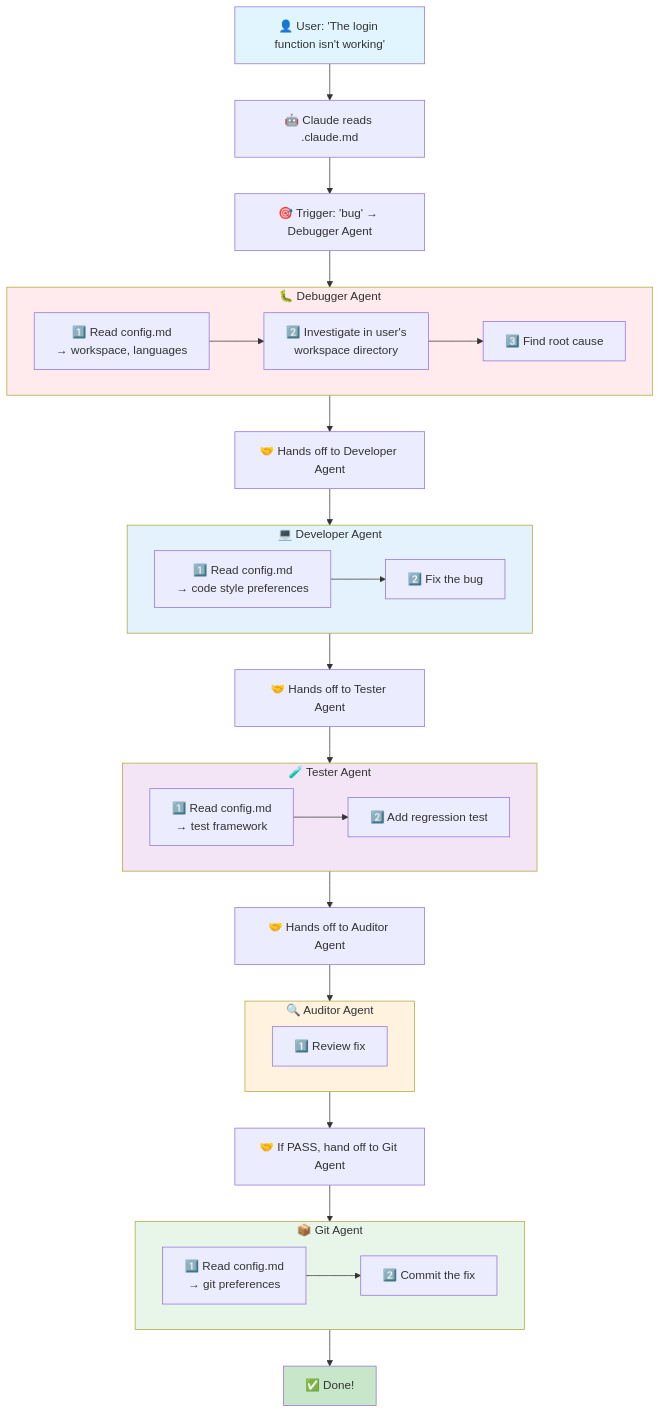
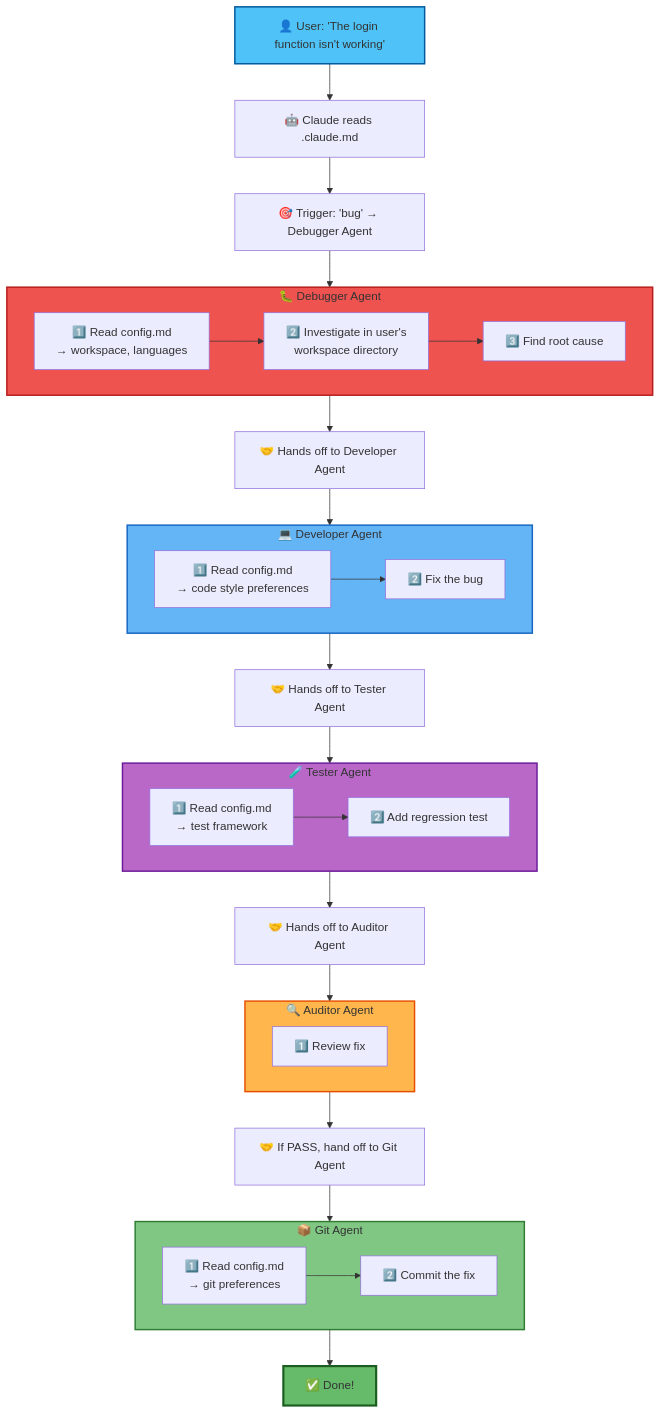
Before and after one commit to rhwendt/vaulty: the seventh of 8 diagrams in INTERACTION-DIAGRAM.md, drawn with Mermaid. The commit also changed other lines of this file, not shown here.

First line of the commit message:
fix: Update interaction diagram for completeness and dark mode compatibility

````diff
--- a/INTERACTION-DIAGRAM.md
+++ b/INTERACTION-DIAGRAM.md
@@ -261,60 +269,60 @@
 ```mermaid
 flowchart TD
     User["👤 User: 'The login function isn't working'"]
     Read["🤖 Claude reads .claude.md"]
     Trigger["🎯 Trigger: 'bug' → Debugger Agent"]
 
     subgraph DebugAgent["🐛 Debugger Agent"]
         D1["1️⃣ Read config.md<br/>→ workspace, languages"]
         D2["2️⃣ Investigate in user's<br/>workspace directory"]
         D3["3️⃣ Find root cause"]
         D1 --> D2 --> D3
     end
 
     Handoff1["🤝 Hands off to Developer Agent"]
 
     subgraph DevAgent["💻 Developer Agent"]
         Dev1["1️⃣ Read config.md<br/>→ code style preferences"]
         Dev2["2️⃣ Fix the bug"]
         Dev1 --> Dev2
     end
 
     Handoff2["🤝 Hands off to Tester Agent"]
 
     subgraph TestAgent["🧪 Tester Agent"]
         T1["1️⃣ Read config.md<br/>→ test framework"]
         T2["2️⃣ Add regression test"]
         T1 --> T2
     end
 
     Handoff3["🤝 Hands off to Auditor Agent"]
 
     subgraph AuditAgent["🔍 Auditor Agent"]
         A1["1️⃣ Review fix"]
     end
 
     Handoff4["🤝 If PASS, hand off to Git Agent"]
 
     subgraph GitAgent["📦 Git Agent"]
         G1["1️⃣ Read config.md<br/>→ git preferences"]
         G2["2️⃣ Commit the fix"]
         G1 --> G2
     end
 
     Done["✅ Done!"]
 
     User --> Read --> Trigger --> DebugAgent
     DebugAgent --> Handoff1 --> DevAgent
     DevAgent --> Handoff2 --> TestAgent
     TestAgent --> Handoff3 --> AuditAgent
     AuditAgent --> Handoff4 --> GitAgent
     GitAgent --> Done
 
-    style User fill:#e1f5ff
-    style DebugAgent fill:#ffebee
-    style DevAgent fill:#e3f2fd
-    style TestAgent fill:#f3e5f5
-    style AuditAgent fill:#fff3e0
-    style GitAgent fill:#e8f5e9
-    style Done fill:#c8e6c9
+    style User fill:#4fc3f7,stroke:#01579b,stroke-width:2px
+    style DebugAgent fill:#ef5350,stroke:#b71c1c,stroke-width:2px
+    style DevAgent fill:#64b5f6,stroke:#1565c0,stroke-width:2px
+    style TestAgent fill:#ba68c8,stroke:#6a1b9a,stroke-width:2px
+    style AuditAgent fill:#ffb74d,stroke:#e65100,stroke-width:2px
+    style GitAgent fill:#81c784,stroke:#2e7d32,stroke-width:2px
+    style Done fill:#66bb6a,stroke:#1b5e20,stroke-width:3px
 ```
````
